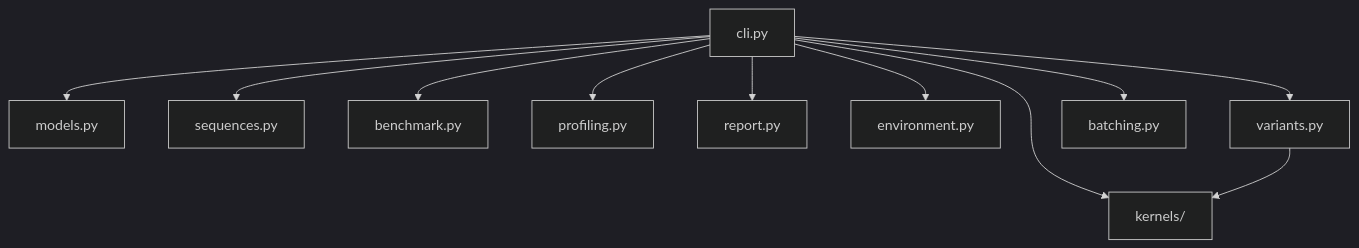
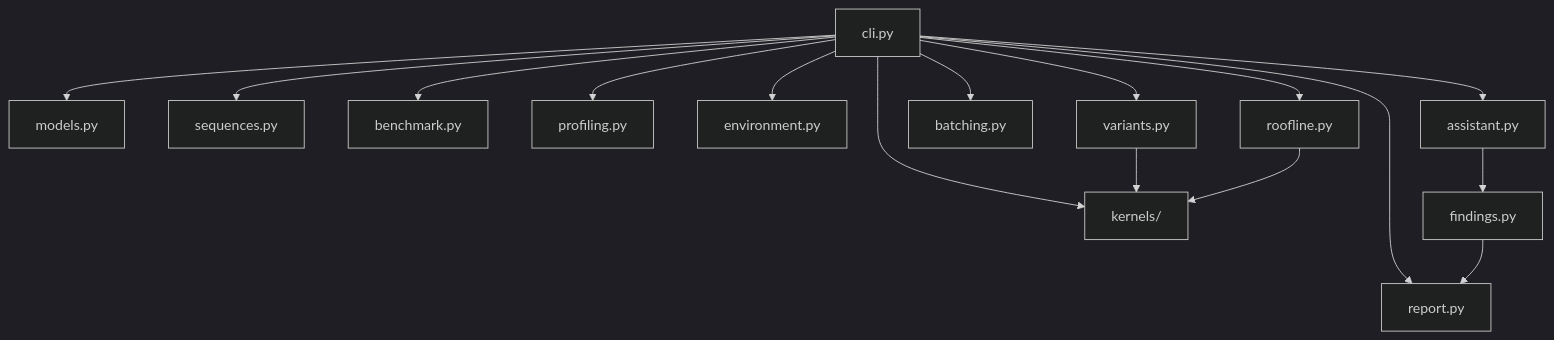
One commit to salmansystech/ProteinPerf changed the second of 8 diagrams in docs/ARCHITECTURE.md. Above: the diagram before and after it, drawn with Mermaid (dark theme). The commit also changed other lines of this file, not shown here.

Commit message:
Document roofline analysis and profiling assistant architecture

````diff
--- a/docs/ARCHITECTURE.md
+++ b/docs/ARCHITECTURE.md
@@ -88,13 +93,18 @@
 ```mermaid
 flowchart TD
     cli[cli.py] --> models[models.py]
     cli --> sequences[sequences.py]
     cli --> benchmark[benchmark.py]
     cli --> profiling[profiling.py]
     cli --> report[report.py]
     cli --> environment[environment.py]
     cli --> variants[variants.py]
     cli --> batching[batching.py]
     cli --> kernels[kernels/]
     variants --> kernels
+    cli --> roofline[roofline.py]
+    roofline --> kernels
+    cli --> assistant[assistant.py]
+    assistant --> findings[findings.py]
+    findings --> report
 ```
````
